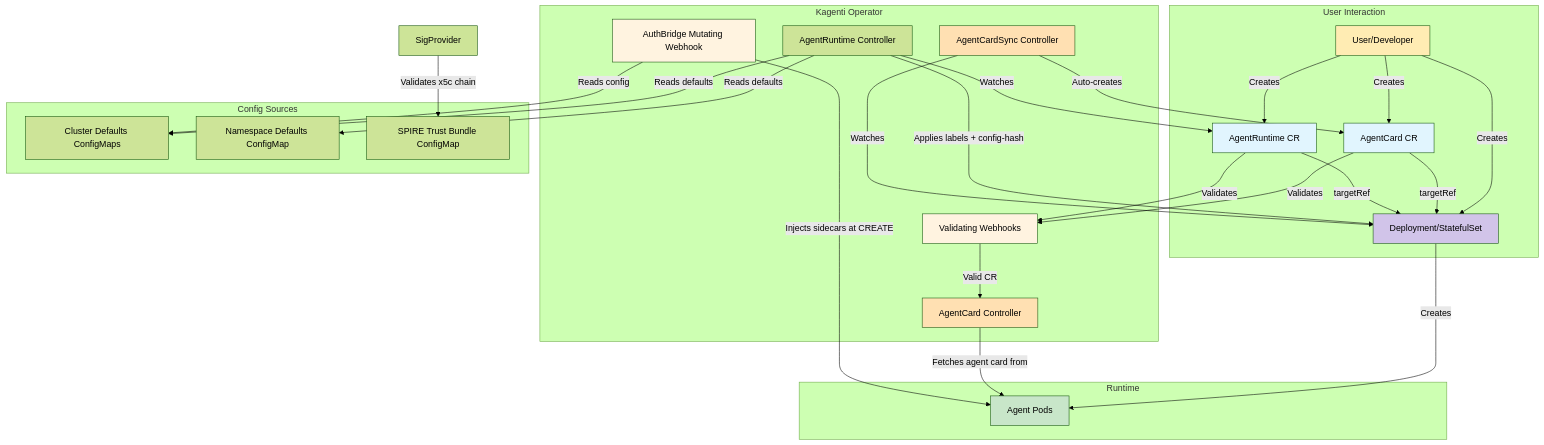
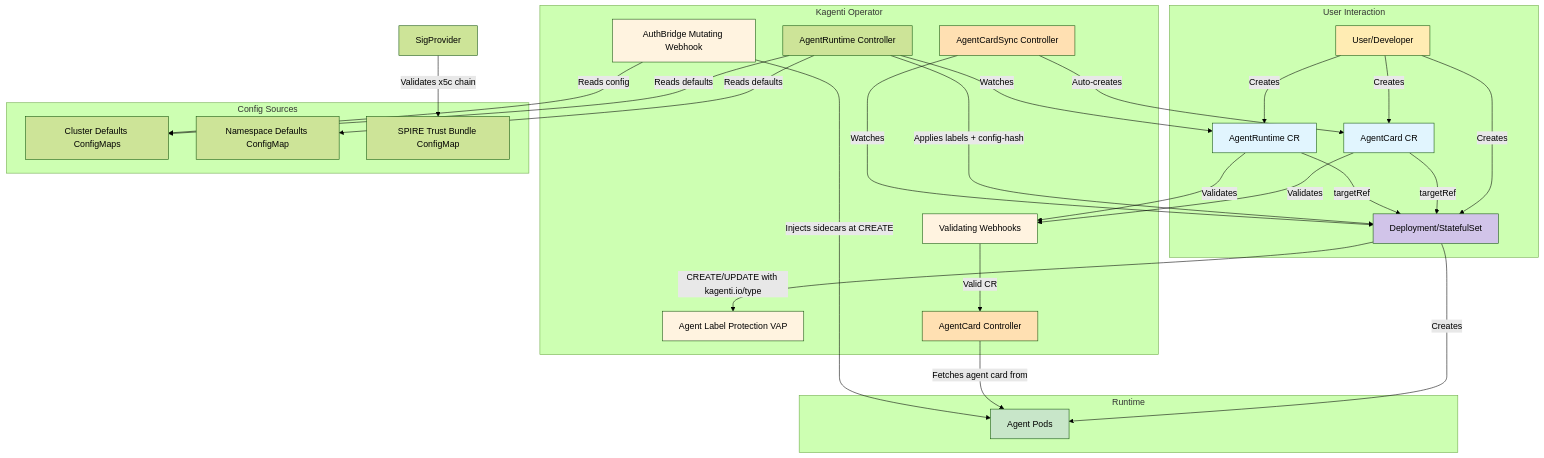
One commit to opendatahub-io/agents-operator changed the diagram in kagenti-operator/docs/architecture.md. Above: the diagram before and after it, drawn with Mermaid (forest theme). The commit also changed other lines of this file and 7 other files, not shown here.

First line of the commit message:
Feat: add ValidatingAdmissionPolicy to protect kagenti.io/type label

````diff
--- a/kagenti-operator/docs/architecture.md
+++ b/kagenti-operator/docs/architecture.md
@@ -92,58 +95,61 @@
 ```mermaid
 graph TB
     subgraph "User Interaction"
         User[User/Developer]
         User -->|Creates| Deployment[Deployment/StatefulSet]
         User -->|Creates| CardCR[AgentCard CR]
         User -->|Creates| RuntimeCR[AgentRuntime CR]
     end
 
     subgraph "Kagenti Operator"
         ValidationWebhook[Validating Webhooks]
         InjectionWebhook[AuthBridge Mutating Webhook]
+        VAP[Agent Label Protection VAP]
         CardController[AgentCard Controller]
         SyncController[AgentCardSync Controller]
         RuntimeController[AgentRuntime Controller]
         CardCR -->|Validates| ValidationWebhook
         RuntimeCR -->|Validates| ValidationWebhook
+        Deployment -->|CREATE/UPDATE with kagenti.io/type| VAP
 
         ValidationWebhook -->|Valid CR| CardController
     end
 
     subgraph "Config Sources"
         ClusterCM[Cluster Defaults ConfigMaps]
         NsCM[Namespace Defaults ConfigMap]
         TrustBundle[SPIRE Trust Bundle ConfigMap]
     end
 
     subgraph "Runtime"
         Pod[Agent Pods]
 
         Deployment -->|Creates| Pod
         CardController -->|Fetches agent card from| Pod
         InjectionWebhook -->|Injects sidecars at CREATE| Pod
     end
 
     SigProvider -->|Validates x5c chain| TrustBundle
 
     RuntimeController -->|Applies labels + config-hash| Deployment
     RuntimeController -->|Reads defaults| ClusterCM
     RuntimeController -->|Reads defaults| NsCM
     RuntimeController -->|Watches| RuntimeCR
     InjectionWebhook -->|Reads config| ClusterCM
 
     SyncController -->|Watches| Deployment
     SyncController -->|Auto-creates| CardCR
     CardCR -->|targetRef| Deployment
     RuntimeCR -->|targetRef| Deployment
 
     style User fill:#ffecb3
     style CardCR fill:#e1f5fe
     style RuntimeCR fill:#e1f5fe
     style ValidationWebhook fill:#fff3e0
     style InjectionWebhook fill:#fff3e0
+    style VAP fill:#fff3e0
     style CardController fill:#ffe0b2
     style SyncController fill:#ffe0b2
     style Deployment fill:#d1c4e9
     style Pod fill:#c8e6c9
 ```
````
